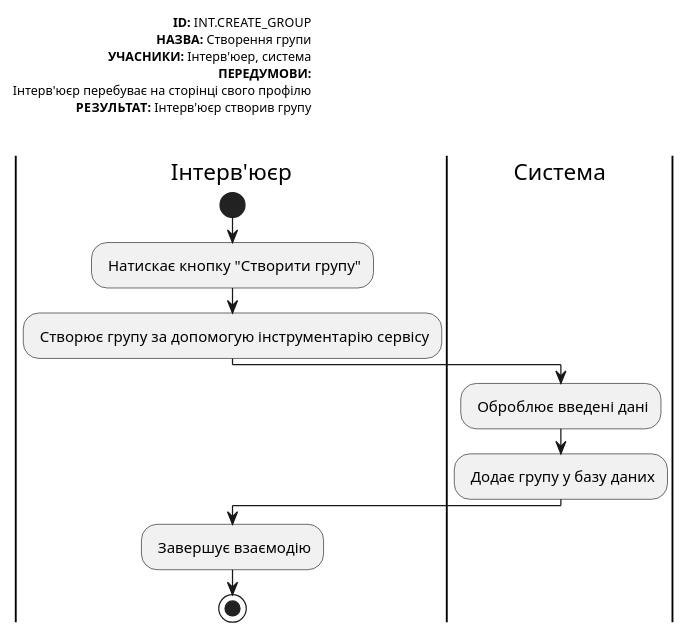
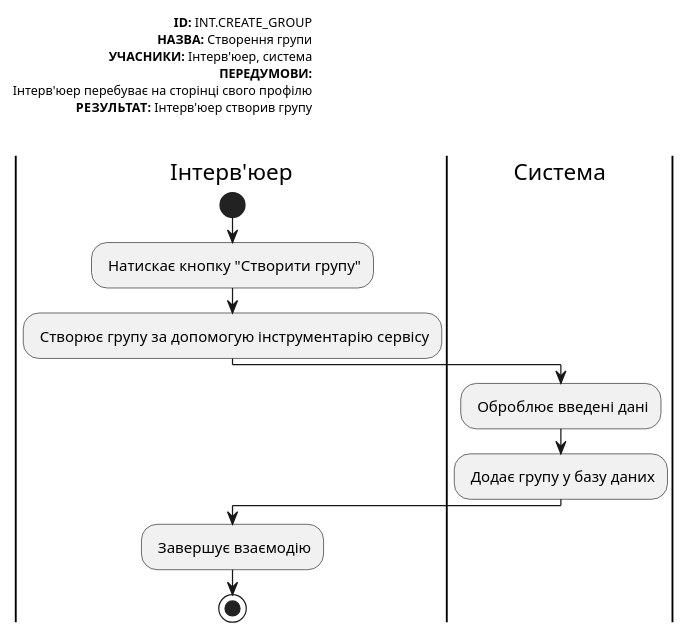
One commit to michigang1/ImForms changed diagram 14 of 22 in docs/use cases/README.md. Above: the diagram before and after it, drawn with PlantUML. The commit also changed other lines of this file, not shown here.

```diff
--- a/docs/use cases/README.md
+++ b/docs/use cases/README.md
@@ -437,26 +434,26 @@
 @startuml
 left header
 <font color=000 size=10><b>ID:</b> INT.CREATE_GROUP
 <font color=000 size=10><b>НАЗВА:</b> Створення групи
 <font color=000 size=10><b>УЧАСНИКИ:</b> Інтерв'юер, система  
 <font color=000 size=10><b>ПЕРЕДУМОВИ:</b>
-<font color=000 size=10> Інтерв'юєр перебуває на сторінці свого профілю
-<font color=000 size=10><b>РЕЗУЛЬТАТ:</b> Інтерв'юєр створив групу
+<font color=000 size=10> Інтерв'юер перебуває на сторінці свого профілю
+<font color=000 size=10><b>РЕЗУЛЬТАТ:</b> Інтерв'юер створив групу
 
 
 end header
 
-|Інтерв'юєр|
+|Інтерв'юер|
         start
         : Натискає кнопку "Створити групу";
         : Cтворює групу за допомогую інструментарію сервісу;
 
 |Система|
         : Оброблює введені дані;
 
         : Додає групу у базу даних;
 
-|Інтерв'юєр|
+|Інтерв'юер|
         : Завершує взаємодію;
         stop;
 @enduml
```
